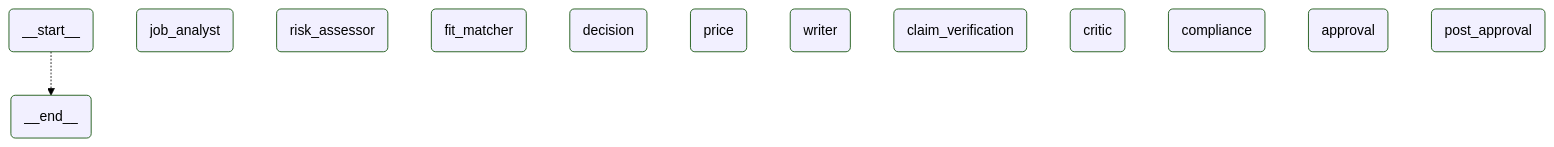
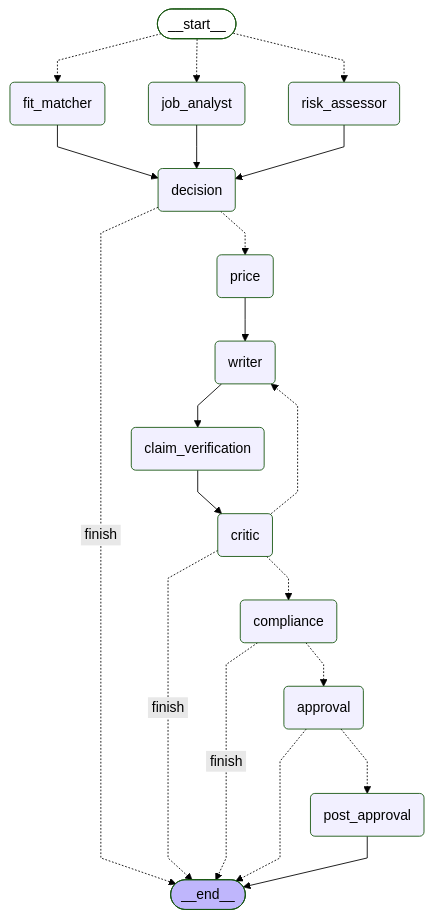
The first of 2 diagrams in docs/GRAPHS.md (FatikImran/gig-bid), drawn with Mermaid (forest theme) before and after one commit. The commit also changed 24 other files, not shown here.

````diff
--- a/docs/GRAPHS.md
+++ b/docs/GRAPHS.md
@@ -7,26 +7,44 @@
 ```mermaid
 ---
 config:
   flowchart:
     curve: linear
 ---
 graph TD;
-	__start__(<p>__start__</p>)
+	__start__([<p>__start__</p>]):::first
 	job_analyst(job_analyst)
 	risk_assessor(risk_assessor)
 	fit_matcher(fit_matcher)
 	decision(decision)
 	price(price)
 	writer(writer)
 	claim_verification(claim_verification)
 	critic(critic)
 	compliance(compliance)
 	approval(approval)
 	post_approval(post_approval)
-	__end__(<p>__end__</p>)
-	__start__ -.-> __end__;
+	__end__([<p>__end__</p>]):::last
+	__start__ -.-> fit_matcher;
+	__start__ -.-> job_analyst;
+	__start__ -.-> risk_assessor;
+	approval -.-> __end__;
+	approval -.-> post_approval;
+	claim_verification --> critic;
+	compliance -. &nbsp;finish&nbsp; .-> __end__;
+	compliance -.-> approval;
+	critic -. &nbsp;finish&nbsp; .-> __end__;
+	critic -.-> compliance;
+	critic -.-> writer;
+	decision -. &nbsp;finish&nbsp; .-> __end__;
+	decision -.-> price;
+	fit_matcher --> decision;
+	job_analyst --> decision;
+	price --> writer;
+	risk_assessor --> decision;
+	writer --> claim_verification;
+	post_approval --> __end__;
 	classDef default fill:#f2f0ff,line-height:1.2
 	classDef first fill-opacity:0
 	classDef last fill:#bfb6fc
 
 ```
````
